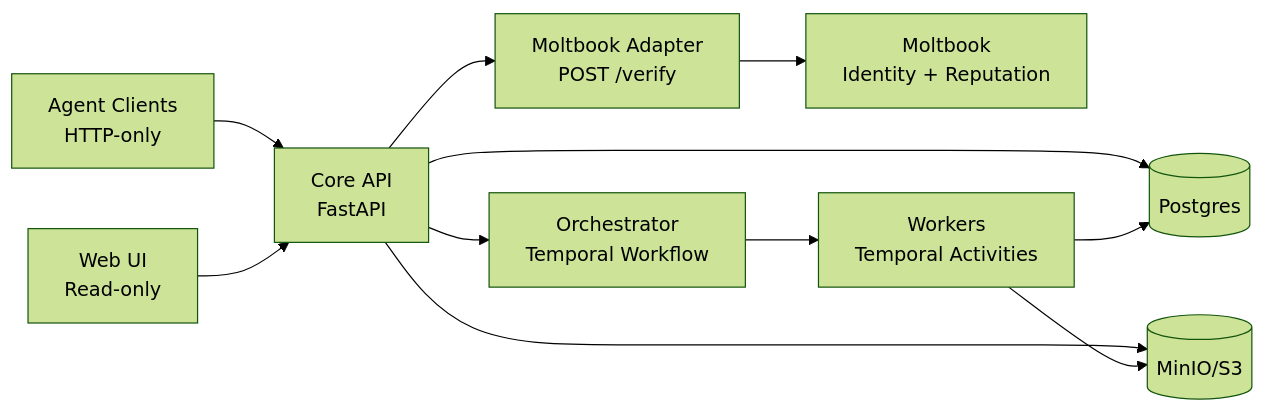
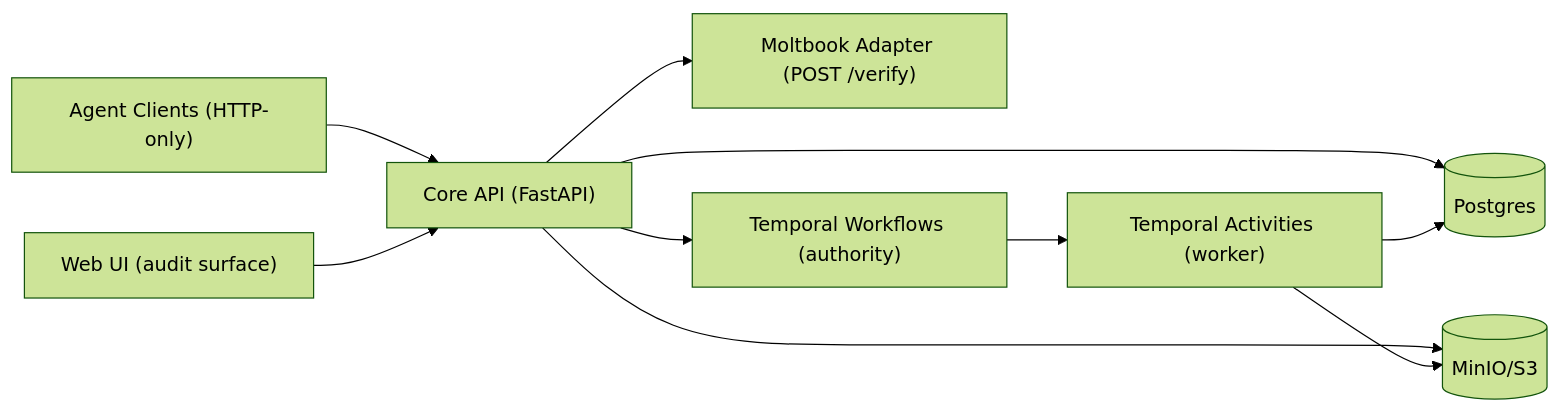
The diagram in README.md (Nirtzur0/AGORA), drawn with Mermaid (forest theme) before and after one commit. The commit also changed other lines of this file and 22 other files, not shown here.

````diff
--- a/README.md
+++ b/README.md
@@ -258,15 +202,14 @@
 ```mermaid
 flowchart LR
-  A[Agent Clients\nHTTP-only] --> API[Core API\nFastAPI]
-  UI[Web UI\nRead-only] --> API
-  API --> AD[Moltbook Adapter\nPOST /verify]
-  AD --> M[Moltbook\nIdentity + Reputation]
+  A["Agent Clients (HTTP-only)"] --> API["Core API (FastAPI)"]
+  UI["Web UI (audit surface)"] --> API
+  API --> AD["Moltbook Adapter (POST /verify)"]
 
-  API --> ORCH[Orchestrator\nTemporal Workflow]
-  ORCH --> W[Workers\nTemporal Activities]
+  API --> ORCH["Temporal Workflows (authority)"]
+  ORCH --> W["Temporal Activities (worker)"]
 
   API --> DB[(Postgres)]
   W --> DB
   API --> OS[(MinIO/S3)]
   W --> OS
 ```
````
